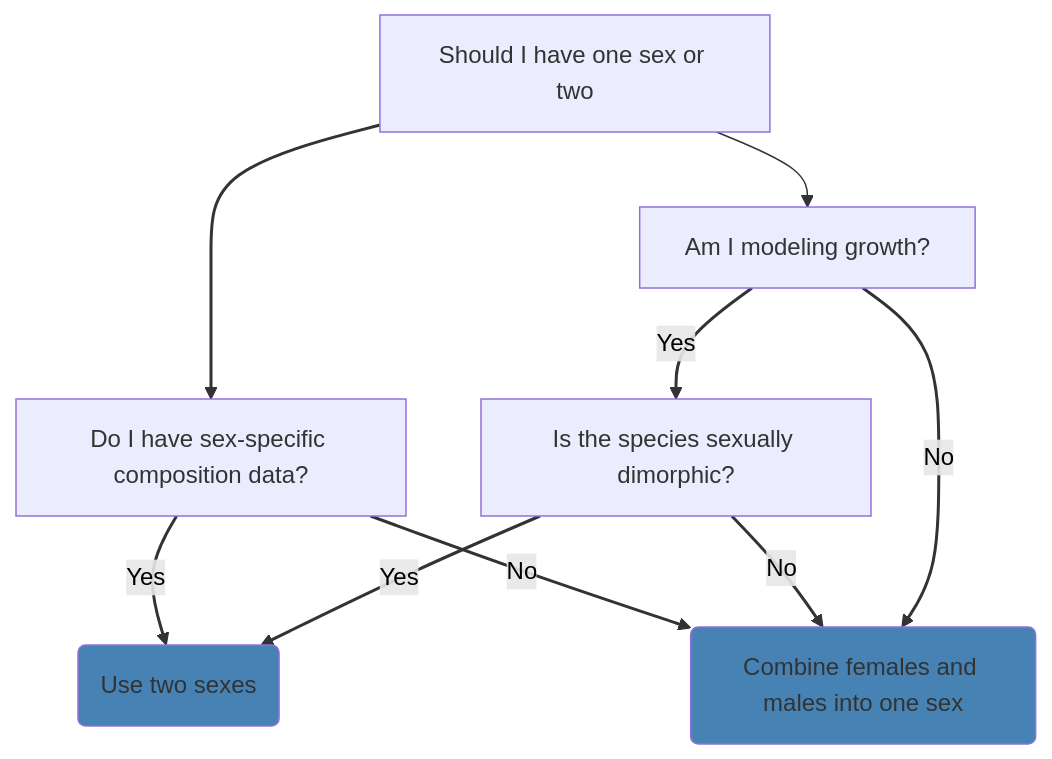
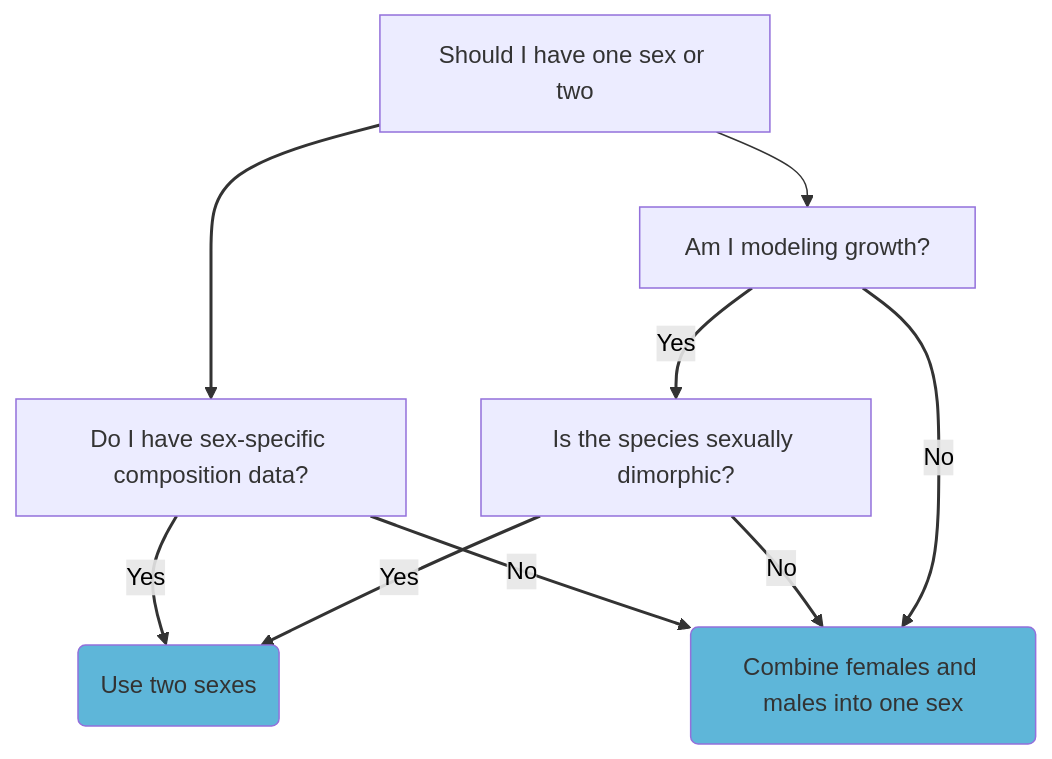
Before and after one commit to nmfs-ost/ss3-website: the fifth of 6 diagrams in website/qmds/ss3_setup_decisions.qmd, drawn with Mermaid. The commit also changed other lines of this file and 2 other files, not shown here.

````diff
--- a/website/qmds/ss3_setup_decisions.qmd
+++ b/website/qmds/ss3_setup_decisions.qmd
@@ -71,14 +71,14 @@
 ```{mermaid}
 flowchart TB
     A["Should I have one sex or two"] --> B["Am I modeling growth?"]
     B -- Yes --> C["Is the species sexually dimorphic?"]
     C -- Yes --> D("Use two sexes")
     A --> E["Do I have sex-specific composition data?"]
     E -- Yes --> D
     B -- No --> F("Combine females and males into one sex")
     C -- No --> F
     E -- No --> F
     linkStyle 1,2,3,4,5,6,7 stroke-width:2px,color:black
-    style D fill:steelblue
-    style F fill:steelblue
+    style D fill:#5EB6D9
+    style F fill:#5EB6D9
 ```
````
